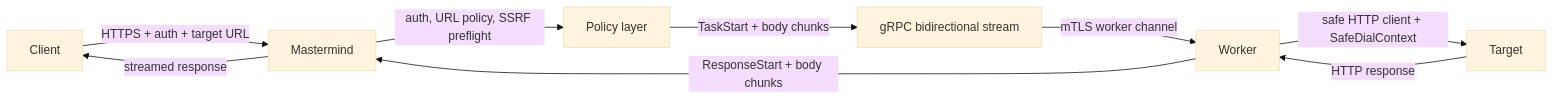
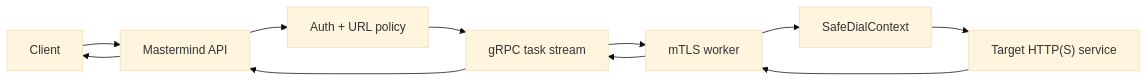
One commit to mamidevs/mamidevs.github.io changed the diagram in projects/mamis-proxy/README.md. Above: the diagram before and after it, drawn with Mermaid (base theme). The commit also changed other lines of this file and 3 other files, not shown here.

````diff
--- a/projects/mamis-proxy/README.md
+++ b/projects/mamis-proxy/README.md
@@ -44,11 +35,13 @@
 ```mermaid
 flowchart LR
-  C["Client"] -->|"HTTPS + auth + target URL"| M["Mastermind"]
-  M -->|"auth, URL policy, SSRF preflight"| P["Policy layer"]
-  P -->|"TaskStart + body chunks"| S["gRPC bidirectional stream"]
-  S -->|"mTLS worker channel"| W["Worker"]
-  W -->|"safe HTTP client + SafeDialContext"| T["Target"]
-  T -->|"HTTP response"| W
-  W -->|"ResponseStart + body chunks"| M
-  M -->|"streamed response"| C
+  C["Client"] --> M["Mastermind API"]
+  M --> P["Auth + URL policy"]
+  P --> S["gRPC task stream"]
+  S --> W["mTLS worker"]
+  W --> D["SafeDialContext"]
+  D --> T["Target HTTP(S) service"]
+  T --> W
+  W --> S
+  S --> M
+  M --> C
 ```
````
